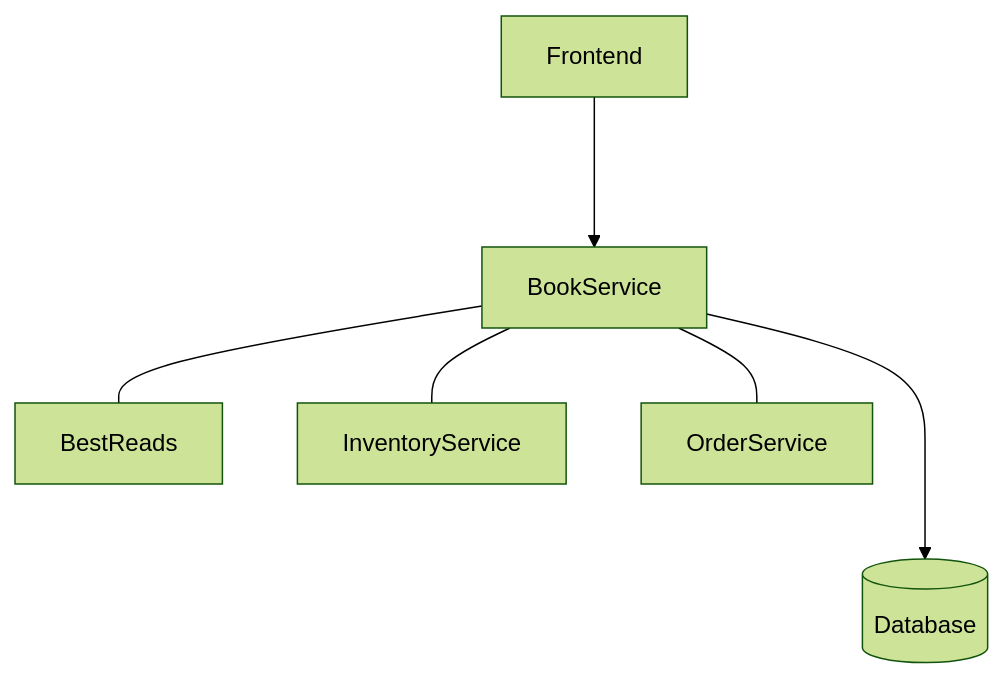
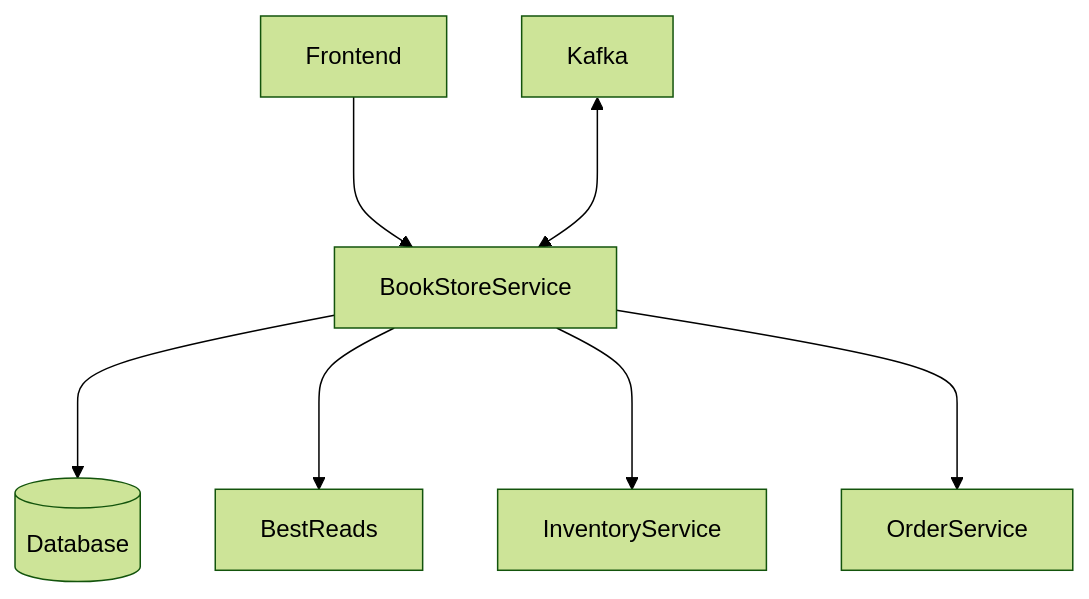
The diagram in README.md (atomfinger/JavaZone-2024), drawn with Mermaid (forest theme) before and after one commit. The commit also changed other lines of this file, not shown here.

````diff
--- a/README.md
+++ b/README.md
@@ -21,10 +21,12 @@
 ```mermaid
 flowchart TD
     A["Frontend"]
-    A ---> n2["BookService"]
+    B["Kafka"]
+    A ---> n2["BookStoreService"]
+    B <---> n2
     n2
     n2 ---> n1[("Database")]
-    n2 --- n3["BestReads"]
-    n2 --- n4["InventoryService"]
-    n2 --- n5["OrderService"]
+    n2 ---> n3["BestReads"]
+    n2 ---> n4["InventoryService"]
+    n2 ---> n5["OrderService"]
 ```
````
